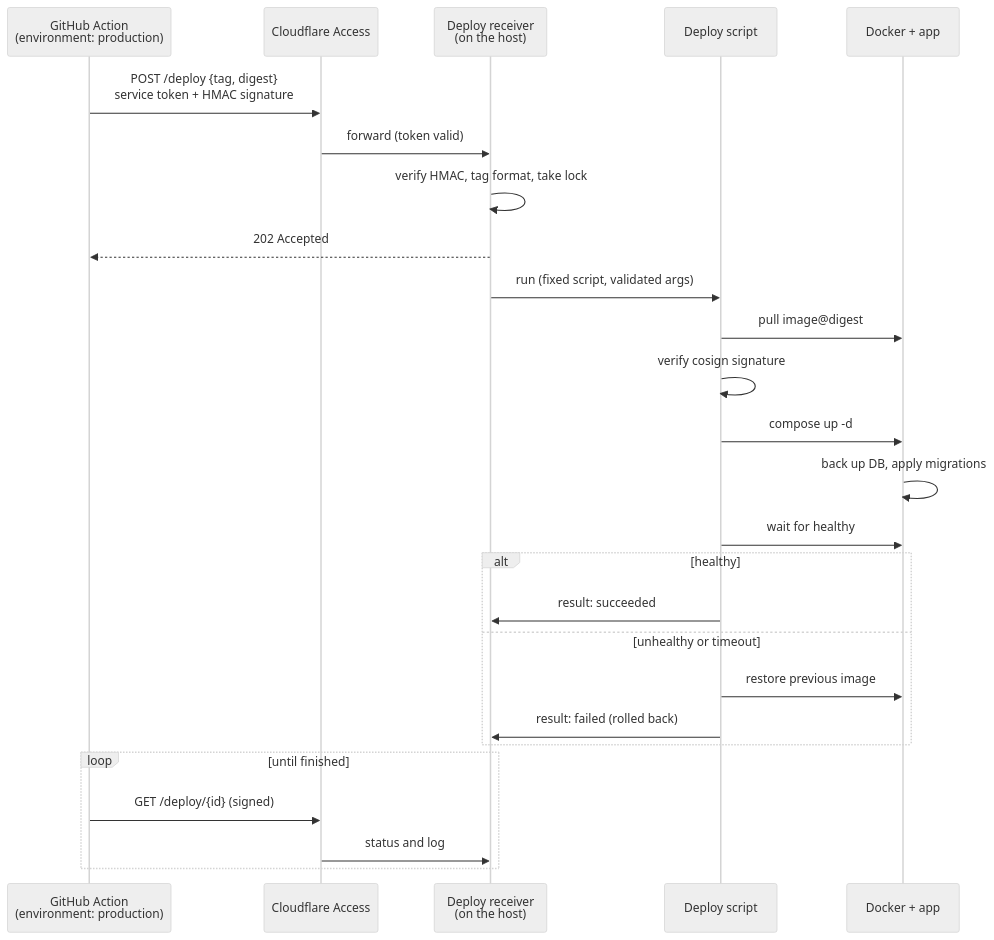
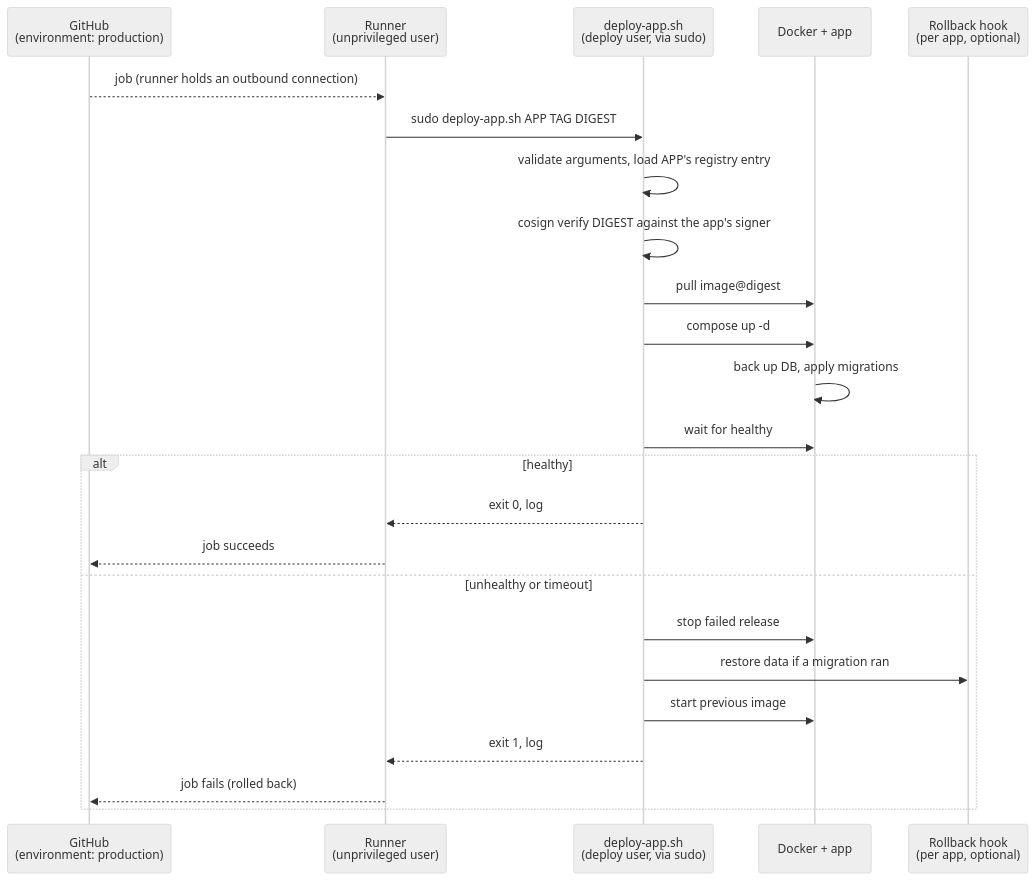
One commit to mlh5599/muddys-music-cafe changed the third of 3 diagrams in docs/deployment.md. Above: the diagram before and after it, drawn with Mermaid (neutral theme). The commit also changed other lines of this file, not shown here.

First line of the commit message:
Document the runner-based deploy design

````diff
--- a/docs/deployment.md
+++ b/docs/deployment.md
@@ -74,29 +96,27 @@
 ```mermaid
 sequenceDiagram
-    participant GH as GitHub Action<br/>(environment: production)
-    participant CF as Cloudflare Access
-    participant R as Deploy receiver<br/>(on the host)
-    participant S as Deploy script
+    participant GH as GitHub<br/>(environment: production)
+    participant R as Runner<br/>(unprivileged user)
+    participant S as deploy-app.sh<br/>(deploy user, via sudo)
     participant D as Docker + app
+    participant H as Rollback hook<br/>(per app, optional)
 
-    GH->>CF: POST /deploy {tag, digest}<br/>service token + HMAC signature
-    CF->>R: forward (token valid)
-    R->>R: verify HMAC, tag format, take lock
-    R-->>GH: 202 Accepted
-    R->>S: run (fixed script, validated args)
+    GH-->>R: job (runner holds an outbound connection)
+    R->>S: sudo deploy-app.sh APP TAG DIGEST
+    S->>S: validate arguments, load APP's registry entry
+    S->>S: cosign verify DIGEST against the app's signer
     S->>D: pull image@digest
-    S->>S: verify cosign signature
     S->>D: compose up -d
     D->>D: back up DB, apply migrations
     S->>D: wait for healthy
     alt healthy
-        S->>R: result: succeeded
+        S-->>R: exit 0, log
+        R-->>GH: job succeeds
     else unhealthy or timeout
-        S->>D: restore previous image
-        S->>R: result: failed (rolled back)
-    end
-    loop until finished
-        GH->>CF: GET /deploy/{id} (signed)
-        CF->>R: status and log
+        S->>D: stop failed release
+        S->>H: restore data if a migration ran
+        S->>D: start previous image
+        S-->>R: exit 1, log
+        R-->>GH: job fails (rolled back)
     end
 ```
````
